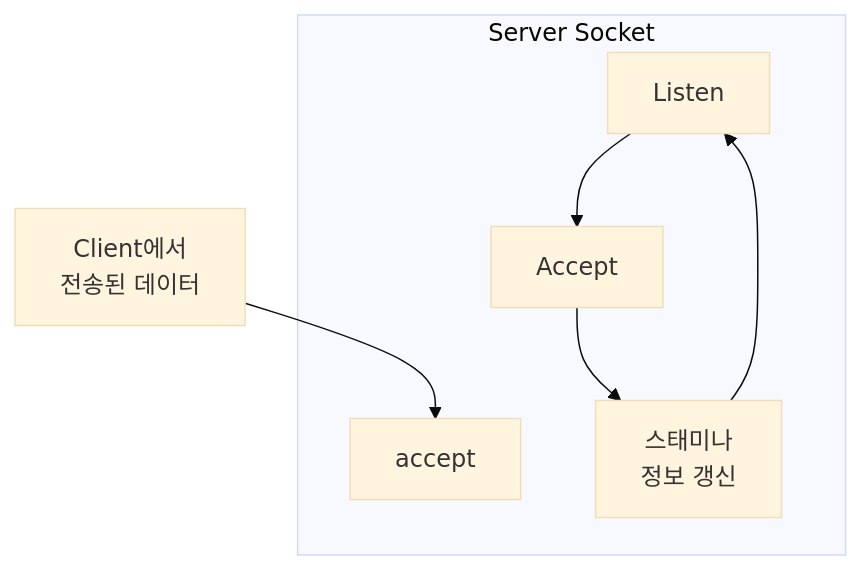
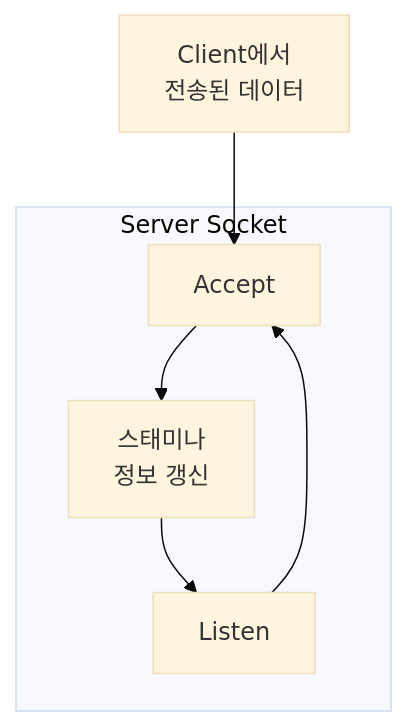
Before and after one commit to 201710808/Game-Stamina-Alarm: the third of 3 diagrams in README.md, drawn with Mermaid (base theme).

````diff
--- a/README.md
+++ b/README.md
@@ -55,11 +55,11 @@
 ```mermaid
 graph TB;
-    data[Client에서\n전송된 데이터]-->accept;
+    data[Client에서\n전송된 데이터]-->Accept;
     subgraph Server Socket;
     Listen-->Accept;
     Accept-->stamina_sync[스태미나\n정보 갱신];
     stamina_sync-->Listen;
-    accept;
+    Accept;
     end;
     
 ```
````
